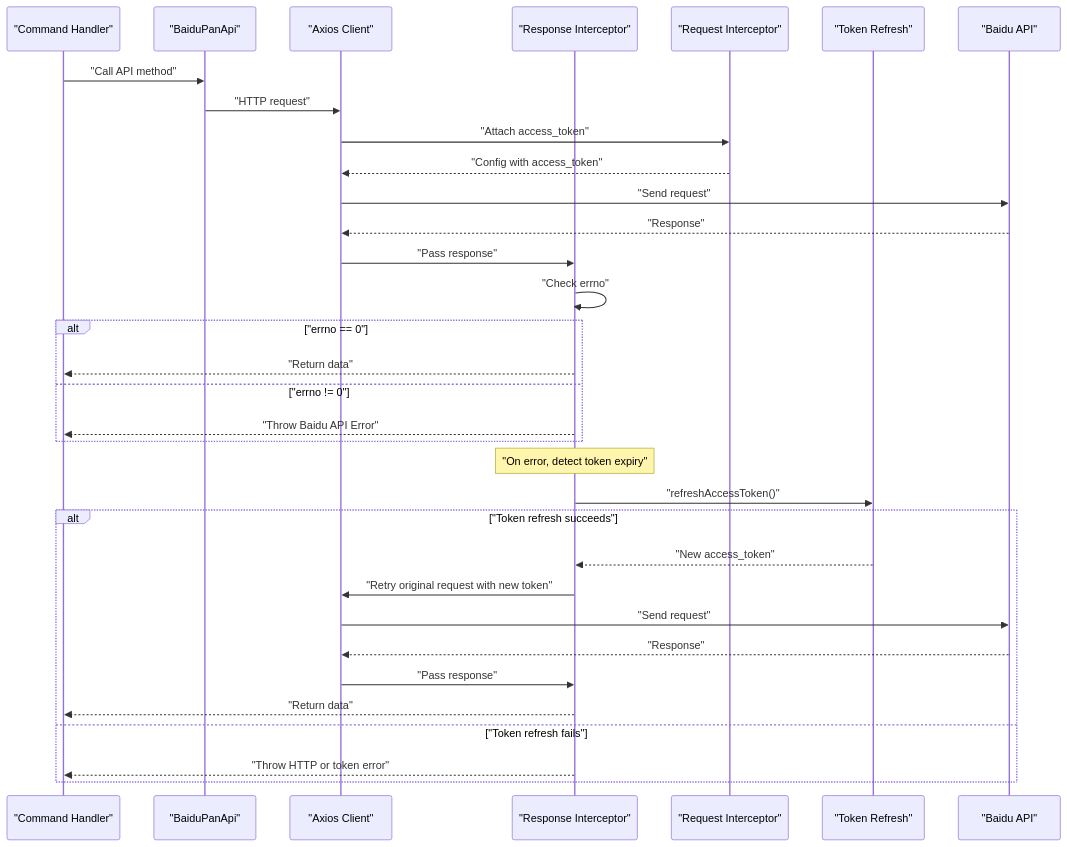
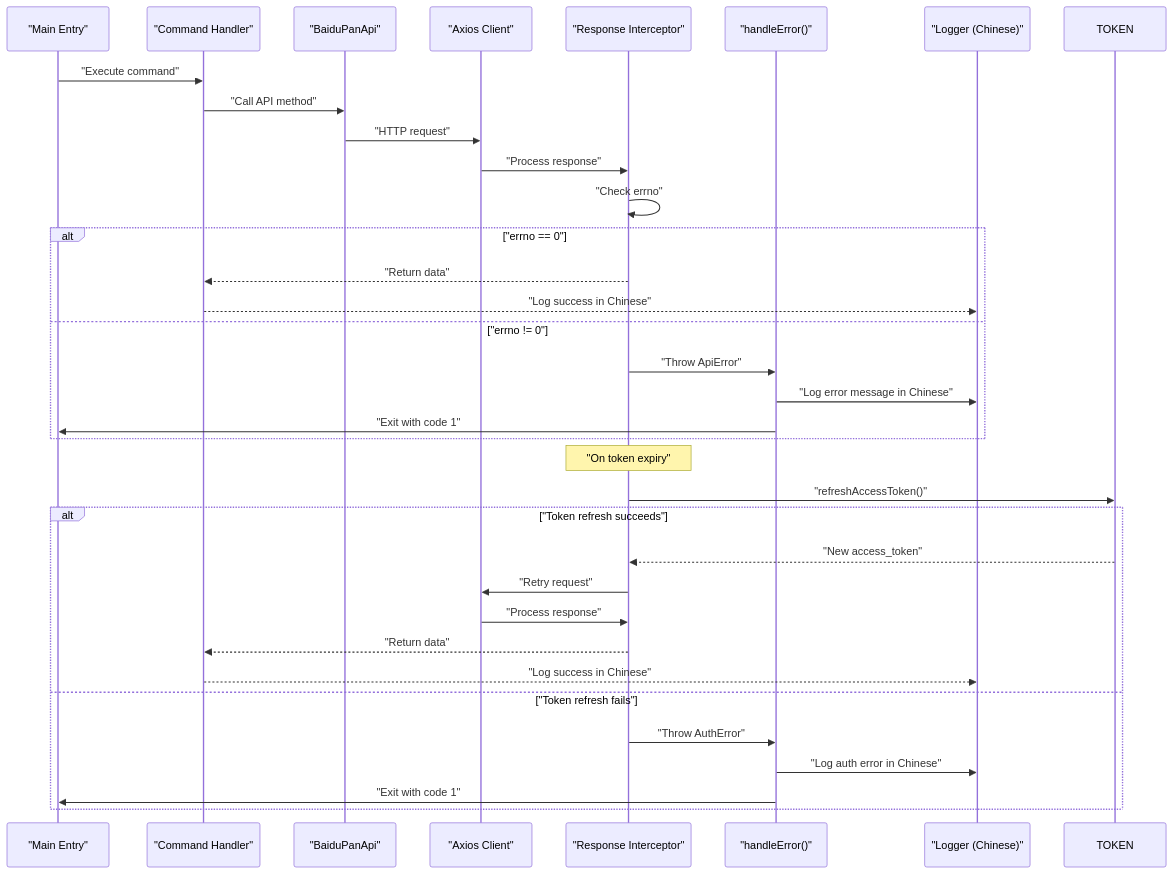
The second of 4 diagrams in .qoder/repowiki/en/content/API Integration/Error Handling & Response Processing.md (yuexiaoliang/baiduwangpan-manager), drawn with Mermaid before and after one commit. The commit also changed other lines of this file and 30 other files, not shown here.

````diff
--- a/.qoder/repowiki/en/content/API Integration/Error Handling & Response Processing.md
+++ b/.qoder/repowiki/en/content/API Integration/Error Handling & Response Processing.md
@@ -104,35 +131,36 @@
 ```mermaid
 sequenceDiagram
+participant MAIN as "Main Entry"
 participant CMD as "Command Handler"
 participant API as "BaiduPanApi"
 participant AX as "Axios Client"
 participant RESP as "Response Interceptor"
-participant REQ as "Request Interceptor"
-participant TOK as "Token Refresh"
-participant BDU as "Baidu API"
+participant ERR as "handleError()"
+participant LOG as "Logger (Chinese)"
+MAIN->>CMD : "Execute command"
 CMD->>API : "Call API method"
 API->>AX : "HTTP request"
-AX->>REQ : "Attach access_token"
-REQ-->>AX : "Config with access_token"
-AX->>BDU : "Send request"
-BDU-->>AX : "Response"
-AX->>RESP : "Pass response"
+AX->>RESP : "Process response"
 RESP->>RESP : "Check errno"
 alt "errno == 0"
 RESP-->>CMD : "Return data"
+CMD-->>LOG : "Log success in Chinese"
 else "errno != 0"
-RESP-->>CMD : "Throw Baidu API Error"
+RESP->>ERR : "Throw ApiError"
+ERR->>LOG : "Log error message in Chinese"
+ERR->>MAIN : "Exit with code 1"
 end
-note over RESP : "On error, detect token expiry"
-RESP->>TOK : "refreshAccessToken()"
+note over RESP : "On token expiry"
+RESP->>TOKEN : "refreshAccessToken()"
 alt "Token refresh succeeds"
-TOK-->>RESP : "New access_token"
-RESP->>AX : "Retry original request with new token"
-AX->>BDU : "Send request"
-BDU-->>AX : "Response"
-AX->>RESP : "Pass response"
+TOKEN-->>RESP : "New access_token"
+RESP->>AX : "Retry request"
+AX->>RESP : "Process response"
 RESP-->>CMD : "Return data"
+CMD-->>LOG : "Log success in Chinese"
 else "Token refresh fails"
-RESP-->>CMD : "Throw HTTP or token error"
+RESP->>ERR : "Throw AuthError"
+ERR->>LOG : "Log auth error in Chinese"
+ERR->>MAIN : "Exit with code 1"
 end
 ```
````
